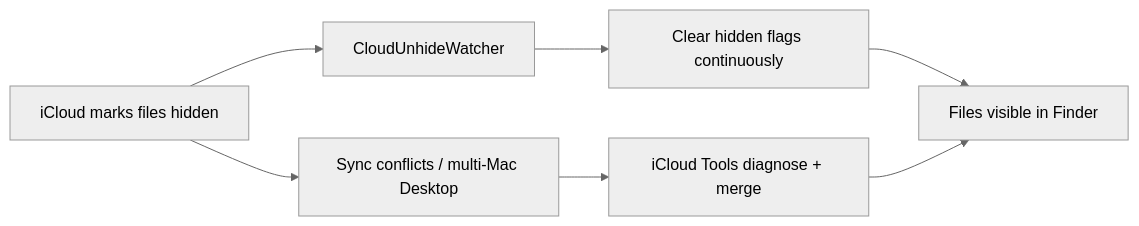
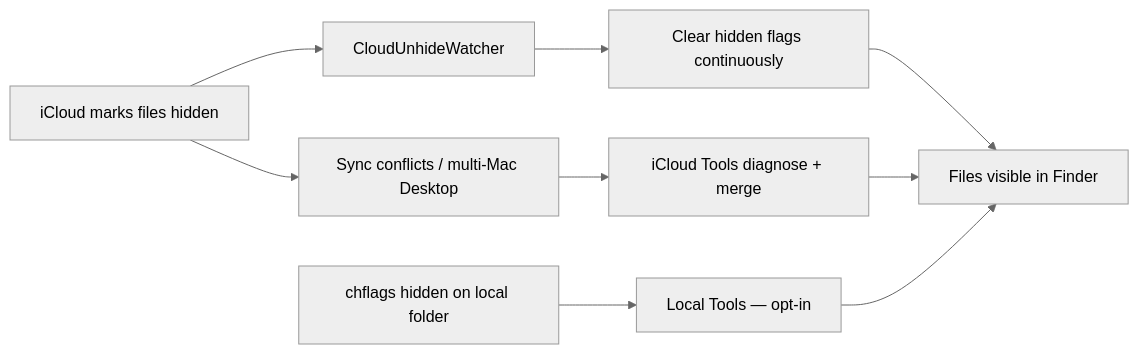
Before and after one commit to roto31/Resurrect: the diagram in docs/project-overview.md, drawn with Mermaid (neutral theme). The commit also changed other lines of this file and 9 other files, not shown here.

Commit message:
docs: local hidden file assist guides and flow diagrams (v1.3.0).

````diff
--- a/docs/project-overview.md
+++ b/docs/project-overview.md
@@ -9,9 +9,11 @@
 ```mermaid
 flowchart LR
   Problem[iCloud marks files hidden] --> App[CloudUnhideWatcher]
   App --> Mitigate[Clear hidden flags continuously]
   Mitigate --> Finder[Files visible in Finder]
   Problem --> RootCause[Sync conflicts / multi-Mac Desktop]
   RootCause --> Tools[iCloud Tools diagnose + merge]
   Tools --> Finder
+  LocalProb[chflags hidden on local folder] --> LocalAssist[Local Tools — opt-in]
+  LocalAssist --> Finder
 ```
````
